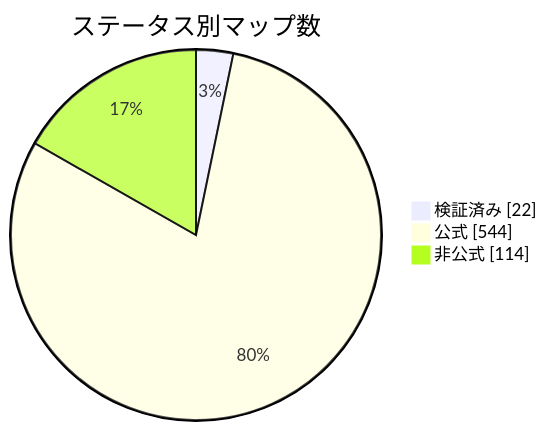
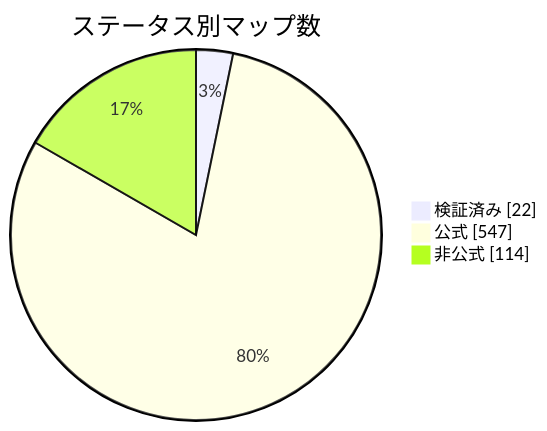
Before and after one commit to nobrega8/mbmap-library: the diagram in docs/readme/README_JP.md, drawn with Mermaid. The commit also changed 8 other files, not shown here.

````diff
--- a/docs/readme/README_JP.md
+++ b/docs/readme/README_JP.md
@@ -54,7 +54,7 @@
 ```mermaid
 pie showData
     title ステータス別マップ数
     "検証済み" : 22
-    "公式" : 544
+    "公式" : 547
     "非公式" : 114
 ```
````
